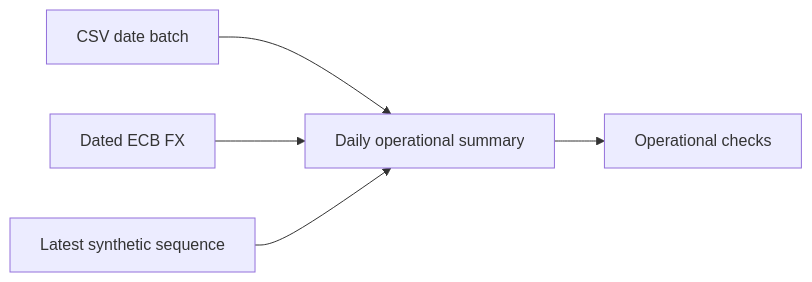
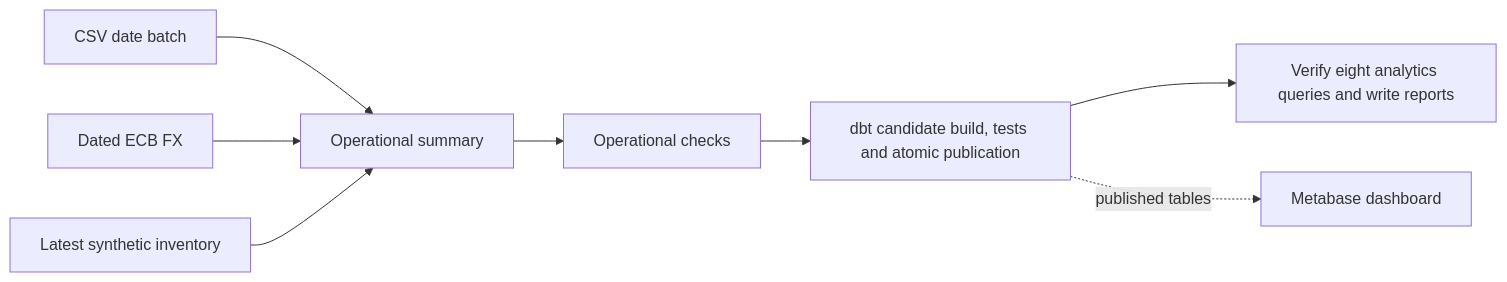
Before and after one commit to rulnin/ecommerce-data-platform: the diagram in docs/airflow.md, drawn with Mermaid. The commit also changed other lines of this file and 64 other files, not shown here.

````diff
--- a/docs/airflow.md
+++ b/docs/airflow.md
@@ -60,7 +29,10 @@
 ```mermaid
 flowchart LR
-    CSV[CSV date batch] --> Transform[Daily operational summary]
+    CSV[CSV date batch] --> Transform[Operational summary]
     FX[Dated ECB FX] --> Transform
-    Stock[Latest synthetic sequence] --> Transform
+    Stock[Latest synthetic inventory] --> Transform
     Transform --> Quality[Operational checks]
+    Quality --> Publish[dbt candidate build, tests and atomic publication]
+    Publish --> Analytics[Verify eight analytics queries and write reports]
+    Publish -. published tables .-> Metabase[Metabase dashboard]
 ```
````
